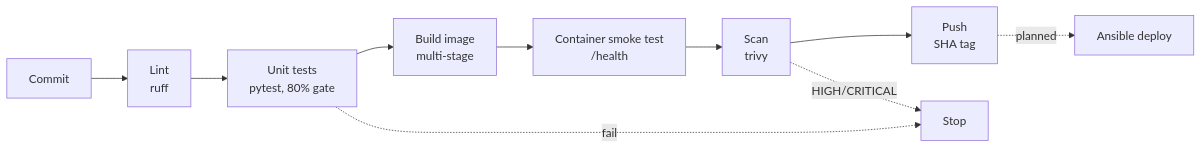
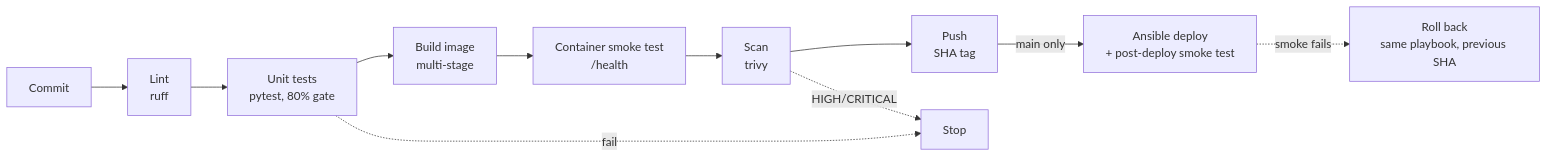
Before and after one commit to myloo23/MilanProjA-Szakdoga: the second of 2 diagrams in README.md, drawn with Mermaid. The commit also changed other lines of this file and 1 other file, not shown here.

````diff
--- a/README.md
+++ b/README.md
@@ -48,12 +49,13 @@
 ```mermaid
 flowchart LR
     A[Commit] --> B[Lint<br/>ruff]
     B --> C[Unit tests<br/>pytest, 80% gate]
     C --> D[Build image<br/>multi-stage]
     D --> S[Container smoke test<br/>/health]
     S --> E[Scan<br/>trivy]
     E --> F[Push<br/>SHA tag]
-    F -.->|planned| G[Ansible deploy]
+    F -->|main only| G[Ansible deploy<br/>+ post-deploy smoke test]
     C -.fail.-> X[Stop]
     E -.HIGH/CRITICAL.-> X
+    G -.smoke fails.-> R[Roll back<br/>same playbook, previous SHA]
 ```
````
